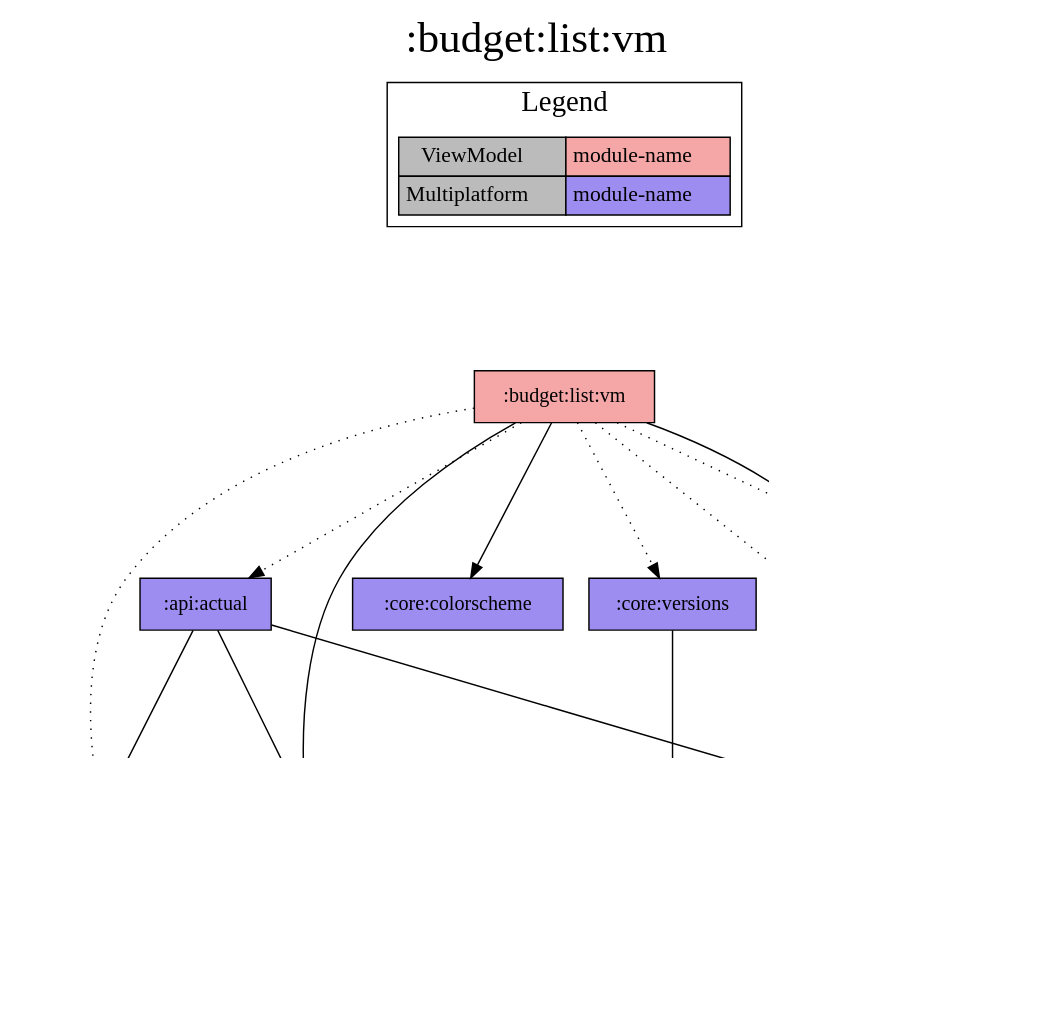
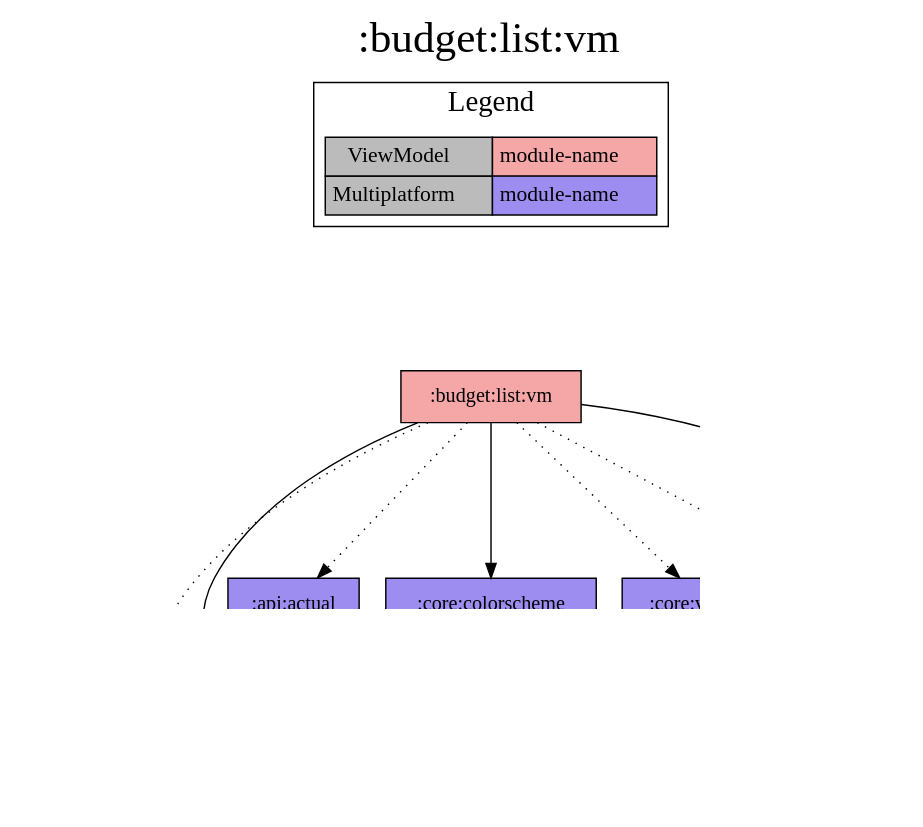
Before and after one commit to jonapoul/aktual: the diagram in modules/budget/list/vm/project-dependency-graph.dot, drawn with Graphviz. The commit also changed 143 other files, not shown here.

```diff
--- a/modules/budget/list/vm/project-dependency-graph.dot
+++ b/modules/budget/list/vm/project-dependency-graph.dot
@@ -1,44 +1,38 @@
 digraph {
 edge ["dir"="forward"]
 graph ["dpi"="100","label"=":budget:list:vm","labelloc"="t","fontsize"="30","ranksep"="1.5","rankdir"="TB"]
 node ["style"="filled"]
 ":account:model" ["fillcolor"="#9D8DF1","shape"="box"]
 ":api:actual" ["fillcolor"="#9D8DF1","shape"="box"]
 ":budget:list:vm" ["fillcolor"="#F5A6A6","shape"="box"]
 ":budget:model" ["fillcolor"="#9D8DF1","shape"="box"]
-":core:buildconfig" ["fillcolor"="#9D8DF1","shape"="box"]
 ":core:colorscheme" ["fillcolor"="#9D8DF1","shape"="box"]
-":core:model" ["fillcolor"="#9D8DF1","shape"="box"]
 ":core:versions" ["fillcolor"="#9D8DF1","shape"="box"]
-":log" ["fillcolor"="#9D8DF1","shape"="box"]
 ":url:model" ["fillcolor"="#9D8DF1","shape"="box"]
 ":url:prefs" ["fillcolor"="#9D8DF1","shape"="box"]
 {
 edge ["dir"="none"]
 graph ["rank"="same"]
 }
 ":api:actual" -> ":account:model"
 ":api:actual" -> ":budget:model"
 ":api:actual" -> ":url:model"
 ":budget:list:vm" -> ":account:model" ["style"="dotted"]
 ":budget:list:vm" -> ":api:actual" ["style"="dotted"]
 ":budget:list:vm" -> ":budget:model"
 ":budget:list:vm" -> ":core:colorscheme"
 ":budget:list:vm" -> ":core:versions" ["style"="dotted"]
-":budget:list:vm" -> ":log" ["style"="dotted"]
 ":budget:list:vm" -> ":url:model"
 ":budget:list:vm" -> ":url:prefs" ["style"="dotted"]
-":core:versions" -> ":core:buildconfig"
-":url:model" -> ":core:model" ["style"="dotted"]
 ":url:prefs" -> ":url:model"
 subgraph "cluster_legend" {
 edge ["dir"="none"]
 graph ["label"="Legend","fontsize"="20"]
 "Legend" ["style"="filled","fillcolor"="#bbbbbb","shape"="none","margin"="0","fontsize"="15","label"=<
 <TABLE BORDER="0" CELLBORDER="1" CELLSPACING="0" CELLPADDING="4">
 <TR><TD>ViewModel</TD><TD BGCOLOR="#F5A6A6">module-name</TD></TR>
 <TR><TD>Multiplatform</TD><TD BGCOLOR="#9D8DF1">module-name</TD></TR>
 </TABLE>
 >]
 } -> ":budget:list:vm" ["style"="invis"]
 }
```
